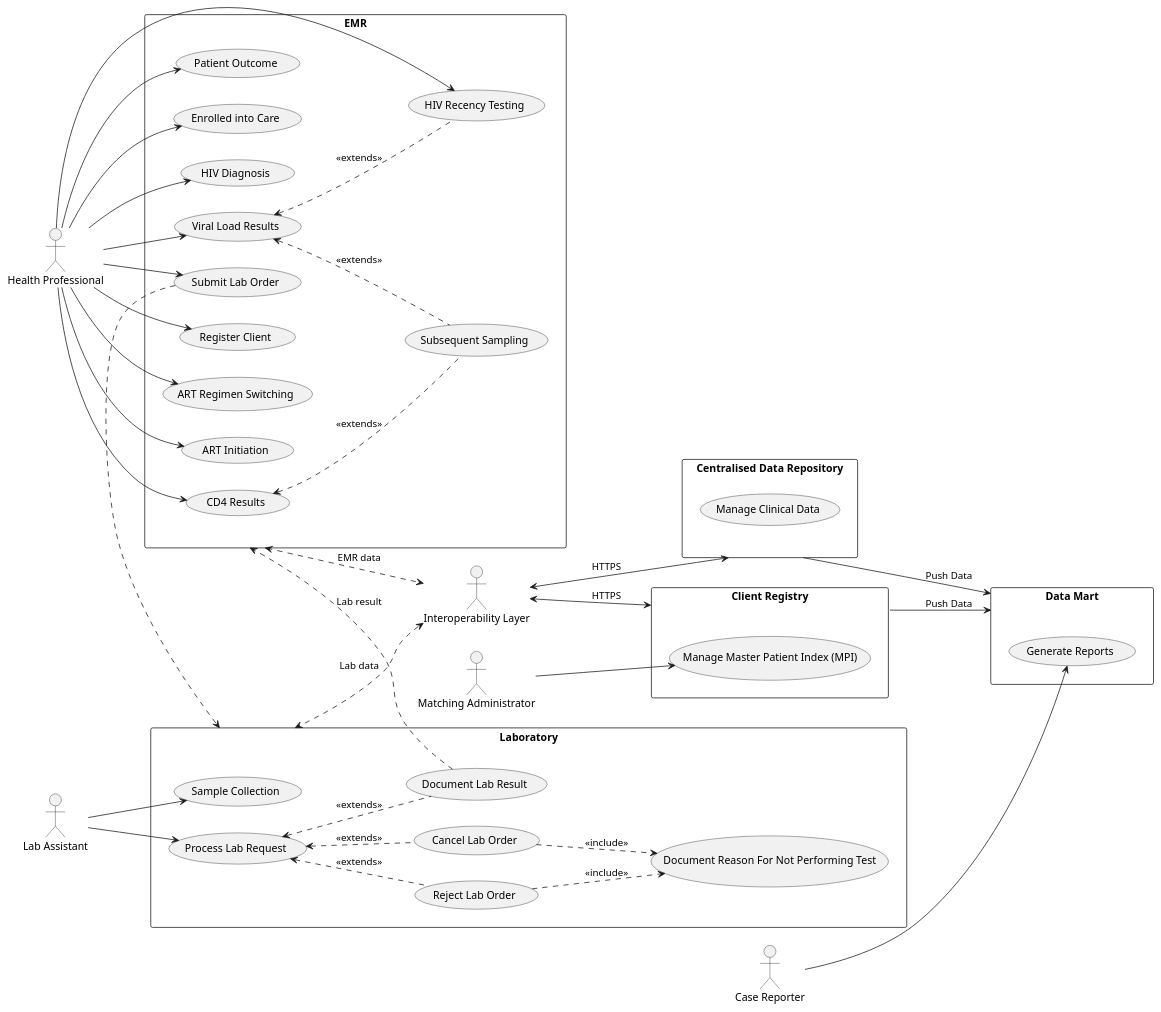
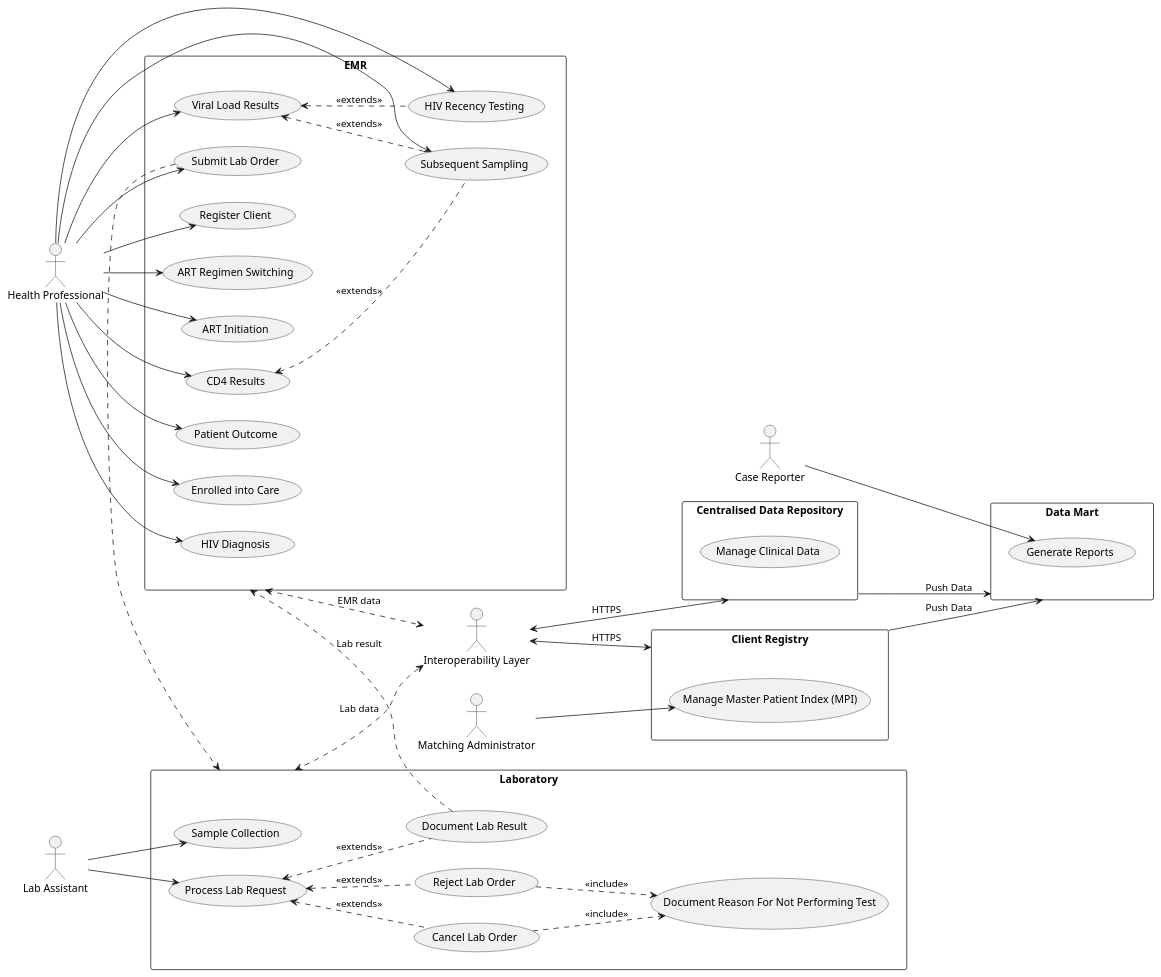
One commit to openhie/HIV-CBS changed the diagram in input/images-source/uses-cases.pu. Above: the diagram before and after it, drawn with PlantUML. The commit also changed 1 other file, not shown here.

```diff
--- a/input/images-source/uses-cases.pu
+++ b/input/images-source/uses-cases.pu
@@ -1,89 +1,90 @@
 @startuml UseCaseDiagram
 left to right direction
 actor "Health Professional" as professional
 rectangle EMR {
   usecase "Register Client" as UC1
   usecase "ART Regimen Switching" as UC2
   usecase "ART Initiation" as UC3
   usecase "CD4 Results" as UC4
   usecase "Patient Outcome" as UC5
   usecase "Enrolled into Care" as UC6
   usecase "HIV Diagnosis" as UC7
   usecase "Viral Load Results" as UC8
   usecase "Subsequent Sampling" as UC9
   usecase "Submit Lab Order" as UC10
   usecase "HIV Recency Testing" as UC11
 }
 
 professional --> UC1
 professional --> UC2
 professional --> UC3
 professional --> UC4
 professional --> UC5
 professional --> UC6
 professional --> UC7
 professional --> UC8
+professional --> UC9
 professional --> UC10
 professional --> UC11
 
 (UC4) <.. (UC9) : "<<extends>>"
 (UC8) <.. (UC9) : "<<extends>>"
 (UC8) <.. (UC11) : "<<extends>>"
 
 
 actor "Lab Assistant" as labAssistant
 rectangle Laboratory {
   usecase "Sample Collection" as UC14
   usecase "Process Lab Request" as UC15
   usecase "Document Lab Result" as UC16
   usecase "Reject Lab Order" as UC17
   usecase "Cancel Lab Order" as UC18
   usecase "Document Reason For Not Performing Test" as UC19
 }
 
 labAssistant --> UC14
 labAssistant --> UC15
 
 
 (UC15) <.. (UC16) : "<<extends>>"
 (UC15) <.. (UC17) : "<<extends>>"
 (UC15) <.. (UC18) : "<<extends>>"
 
 (UC18) ..> (UC19) : "<<include>>"
 (UC17) ..> (UC19) : "<<include>>"
 
 (UC10) ..> Laboratory
 
 (UC16) ..> EMR : "Lab result"
 
 actor "Interoperability Layer" as iol
 rectangle "Centralised Data Repository" as cdr {
   usecase "Manage Clinical Data" as UC20
 }
 
 iol <--> cdr : "HTTPS"
 
 EMR <..> iol : "EMR data"
 Laboratory <..> iol : "Lab data"
 
 
 actor "Matching Administrator" as macthingAdmin
 rectangle "Client Registry" as cr {
   usecase "Manage Master Patient Index (MPI)" as UC21
 }
 
 macthingAdmin --> UC21
 
 iol <--> cr : "HTTPS"
 
 actor "Case Reporter" as caseReporter
 rectangle "Data Mart" as dm {
   usecase "Generate Reports" as UC22
 }
 
 caseReporter --> UC22
 
 cdr --> dm : "Push Data"
 cr --> dm : "Push Data"
 
 @enduml
```
